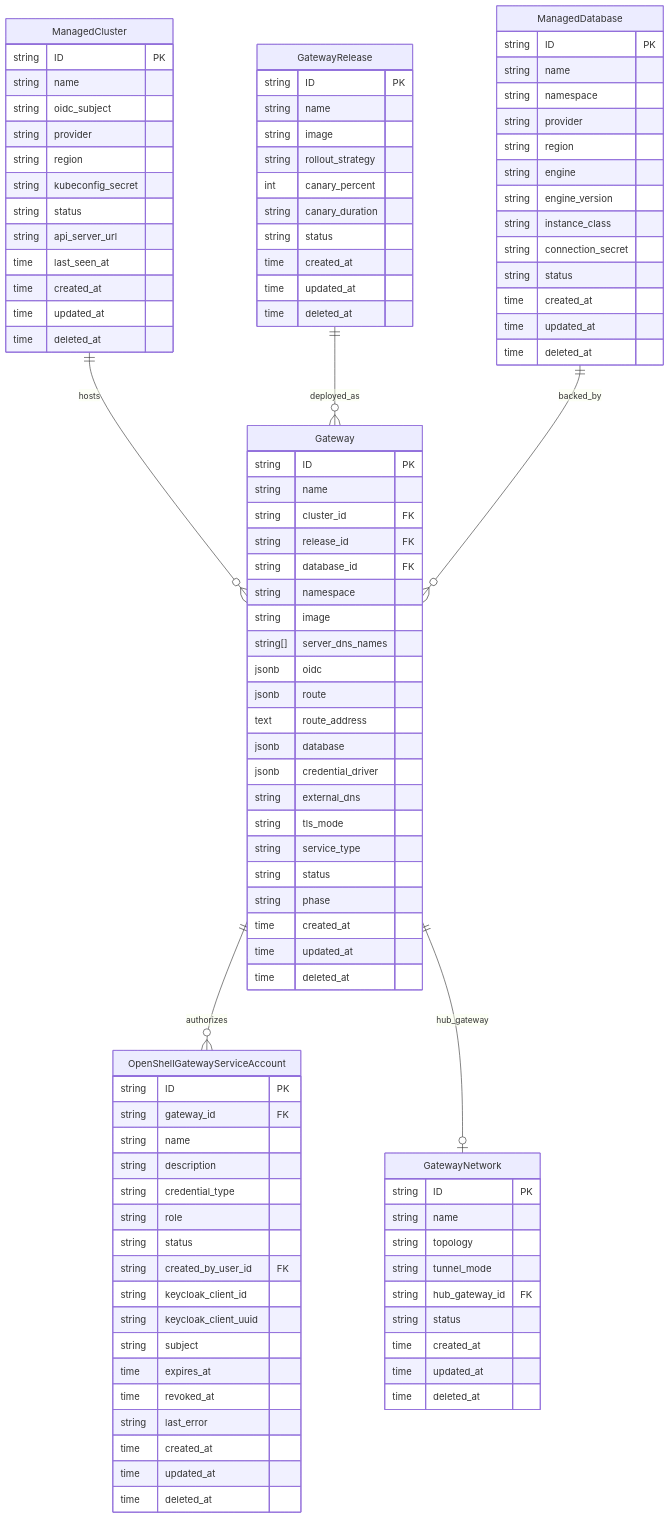
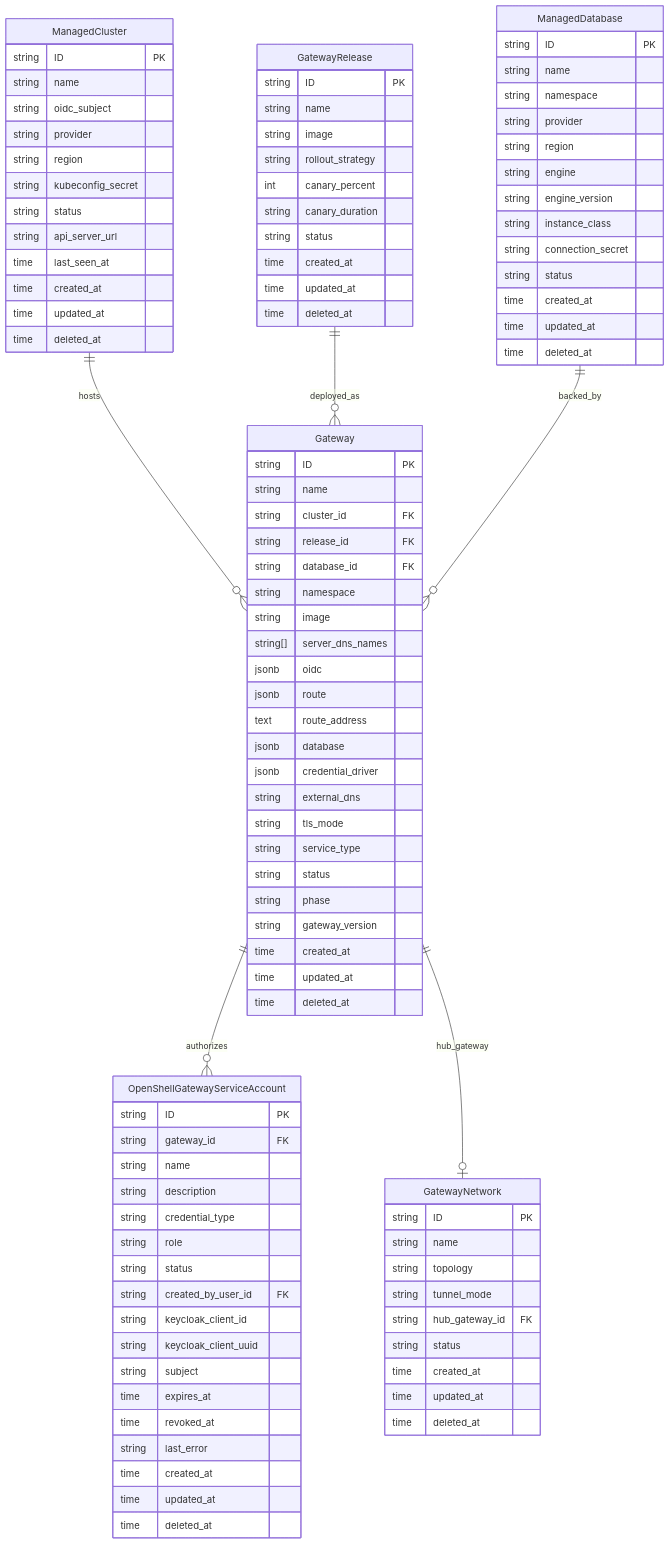
The diagram in specs/platform/data-model.spec.md (openshift-online/hypershell), drawn with Mermaid before and after one commit. The commit also changed other lines of this file and 107 other files, not shown here.

First line of the commit message:
[HYPERSHELL-259] feat: reconcile gateway version for CLI installation (#210)

```diff
--- a/specs/platform/data-model.spec.md
+++ b/specs/platform/data-model.spec.md
@@ -86,6 +86,7 @@
         string service_type
         string status
         string phase
+        string gateway_version
         time created_at
         time updated_at
         time deleted_at
```
